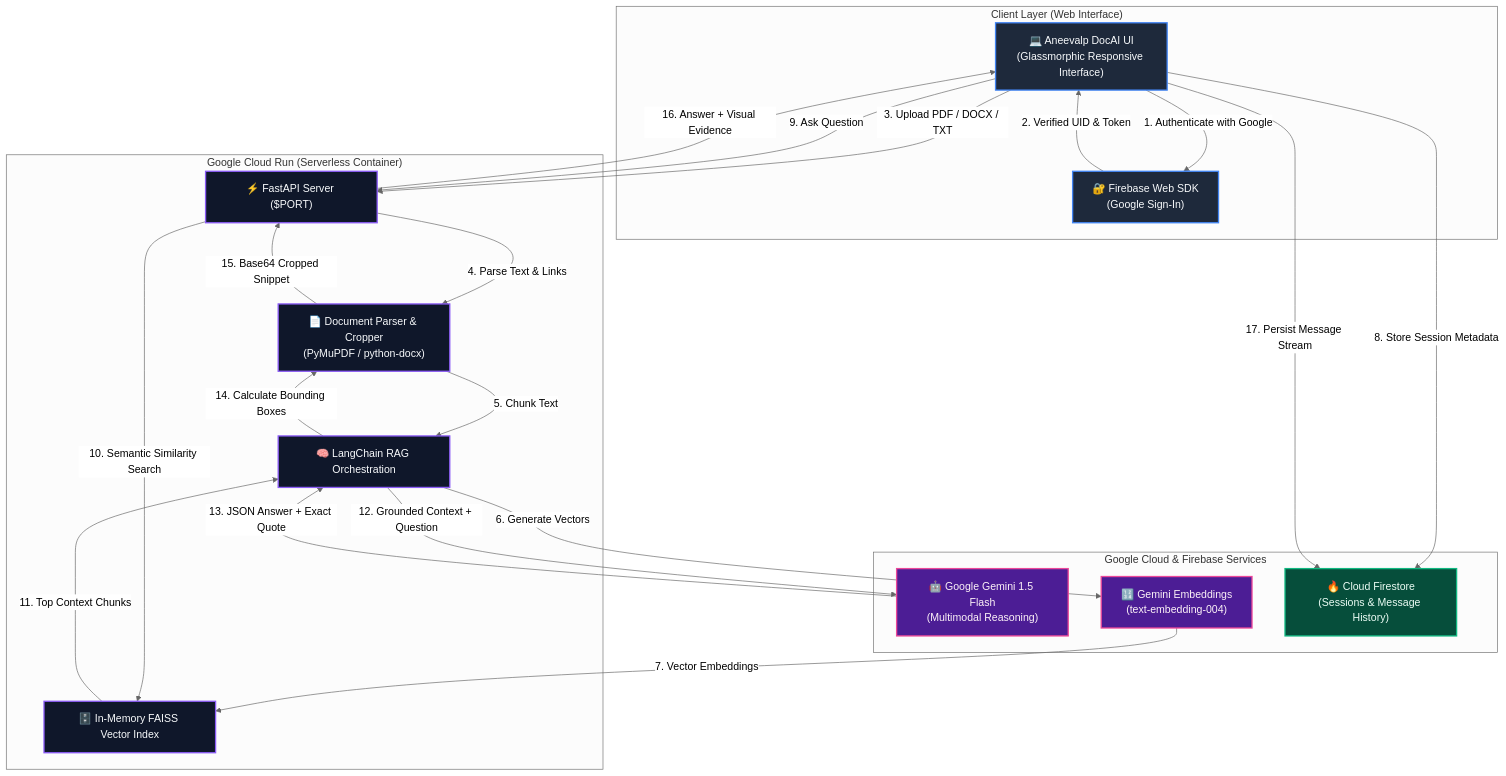
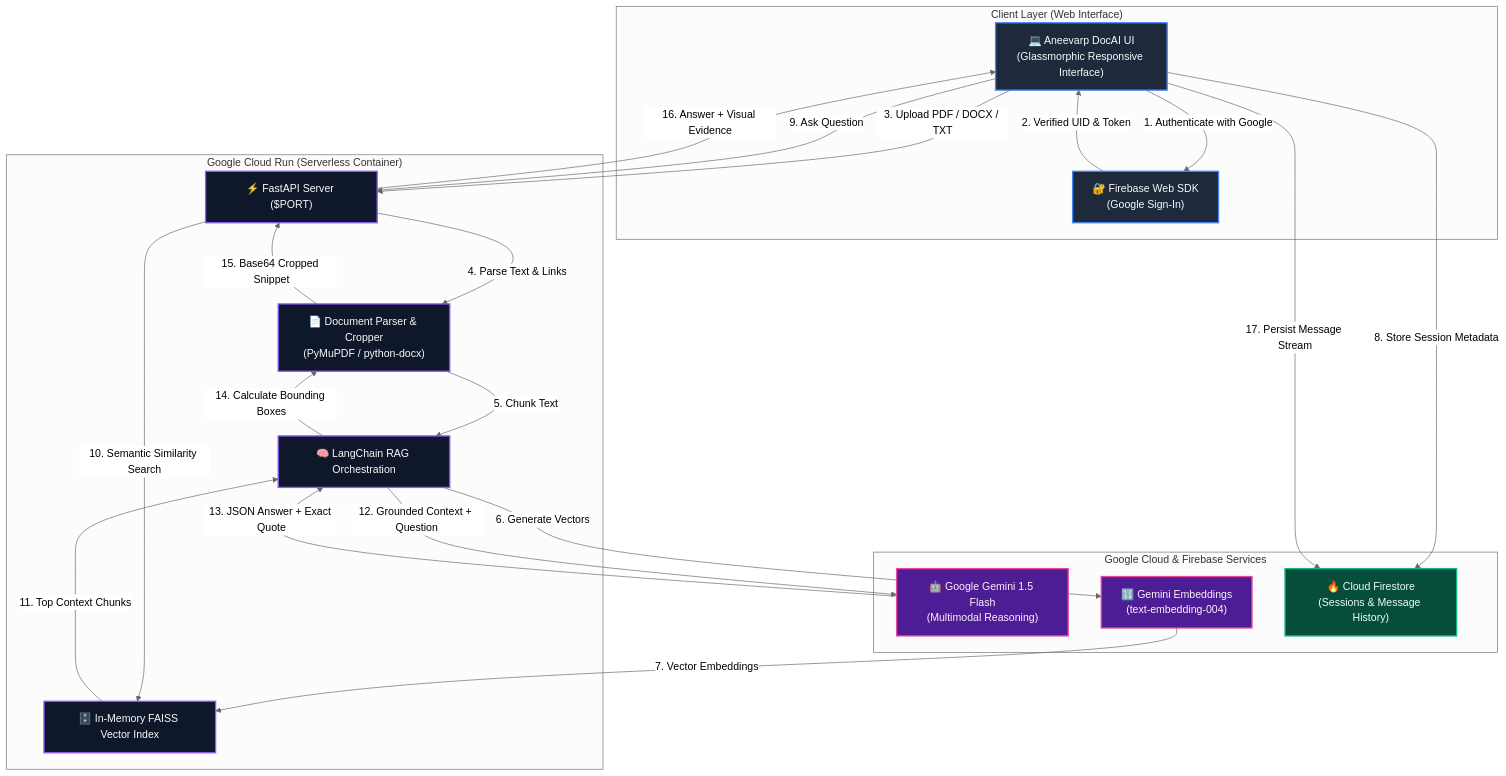
The diagram in README.md (jagadeesvarrao-design/pdf-analizing-and-answering-bot-), drawn with Mermaid (neutral theme) before and after one commit. The commit also changed other lines of this file and 6 other files, not shown here.

````diff
--- a/README.md
+++ b/README.md
@@ -40,54 +40,54 @@
 ```mermaid
 graph TD
     %% Styling
     classDef client fill:#1E293B,stroke:#4285F4,stroke-width:2px,color:#F8FAFC;
     classDef gcp fill:#0F172A,stroke:#8B5CF6,stroke-width:2px,color:#F8FAFC;
     classDef storage fill:#064E3B,stroke:#10B981,stroke-width:2px,color:#ECFDF5;
     classDef gemini fill:#4C1D95,stroke:#EC4899,stroke-width:2px,color:#FDF2F8;
 
     subgraph Client ["Client Layer (Web Interface)"]
-        UI["💻 Aneevalp DocAI UI<br/>(Glassmorphic Responsive Interface)"]
+        UI["💻 Aneevarp DocAI UI<br/>(Glassmorphic Responsive Interface)"]
         FirebaseAuth["🔐 Firebase Web SDK<br/>(Google Sign-In)"]
     end
 
     subgraph CloudRun ["Google Cloud Run (Serverless Container)"]
         FastAPI["⚡ FastAPI Server ($PORT)"]
         PyMuPDF["📄 Document Parser & Cropper<br/>(PyMuPDF / python-docx)"]
         FAISS["🗄️ In-Memory FAISS Vector Index"]
         LangChain["🧠 LangChain RAG Orchestration"]
     end
 
     subgraph GoogleCloud ["Google Cloud & Firebase Services"]
         GeminiAPI["🤖 Google Gemini 1.5 Flash<br/>(Multimodal Reasoning)"]
         EmbeddingsAPI["🔢 Gemini Embeddings<br/>(text-embedding-004)"]
         FirestoreDB["🔥 Cloud Firestore<br/>(Sessions & Message History)"]
     end
 
     %% Auth Flow
     UI -->|1. Authenticate with Google| FirebaseAuth
     FirebaseAuth -->|2. Verified UID & Token| UI
 
     %% Document Ingest Flow
     UI -->|3. Upload PDF / DOCX / TXT| FastAPI
     FastAPI -->|4. Parse Text & Links| PyMuPDF
     PyMuPDF -->|5. Chunk Text| LangChain
     LangChain -->|6. Generate Vectors| EmbeddingsAPI
     EmbeddingsAPI -->|7. Vector Embeddings| FAISS
     UI -->|8. Store Session Metadata| FirestoreDB
 
     %% Query Flow
     UI -->|9. Ask Question| FastAPI
     FastAPI -->|10. Semantic Similarity Search| FAISS
     FAISS -->|11. Top Context Chunks| LangChain
     LangChain -->|12. Grounded Context + Question| GeminiAPI
     GeminiAPI -->|13. JSON Answer + Exact Quote| LangChain
     LangChain -->|14. Calculate Bounding Boxes| PyMuPDF
     PyMuPDF -->|15. Base64 Cropped Snippet| FastAPI
     FastAPI -->|16. Answer + Visual Evidence| UI
     UI -->|17. Persist Message Stream| FirestoreDB
 
     class UI,FirebaseAuth client;
     class FastAPI,PyMuPDF,FAISS,LangChain gcp;
     class FirestoreDB storage;
     class GeminiAPI,EmbeddingsAPI gemini;
 ```
````
